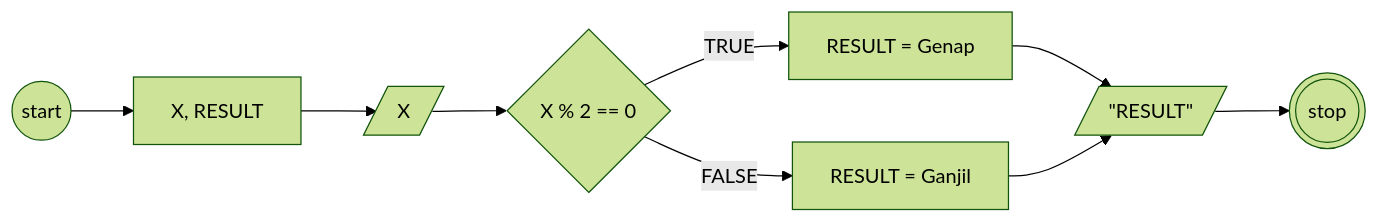
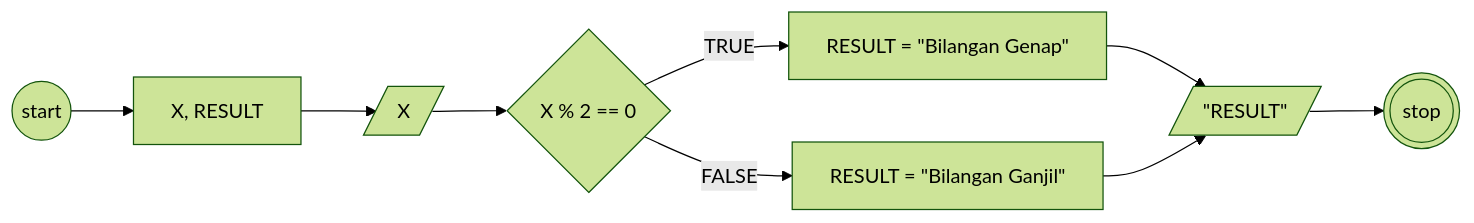
Before and after one commit to yusufbahtiarr/fgo24-algoritma: the second of 2 diagrams in algoritma-mititask-bilanganganjil-genap.md, drawn with Mermaid (forest theme). The commit also changed other lines of this file, not shown here.

````diff
--- a/algoritma-mititask-bilanganganjil-genap.md
+++ b/algoritma-mititask-bilanganganjil-genap.md
@@ -40,21 +40,21 @@
 ```mermaid
 flowchart LR
 
 a@{shape: circle, label: "start"}
 dk@{shape: rect, label: "X, RESULT"}
 b@{shape: lean-r, label: "X"}
 c@{shape: diamond, label: "X % 2 == 0"}
-d@{shape: rect, label: "RESULT = Genap"}
-e@{shape: rect, label: "RESULT = Ganjil"}
+d@{shape: rect, label: RESULT = "Bilangan Genap"}
+e@{shape: rect, label: RESULT = "Bilangan Ganjil"}
 f@{shape: lean-r, label: '"RESULT"'}
 x@{shape: dbl-circ, label: "stop"}
 
 a --> dk
 dk --> b
 b --> c
 c --TRUE--> d
 c --FALSE--> e
 d --> f
 e --> f
 f --> x
 ```
````
